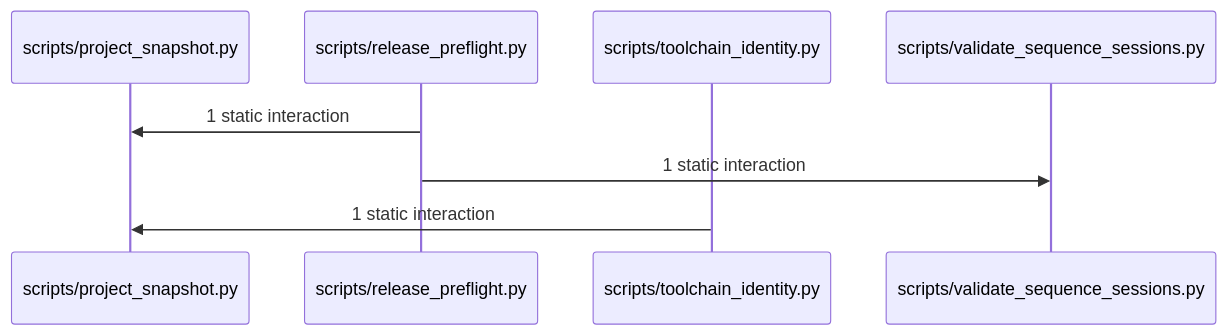
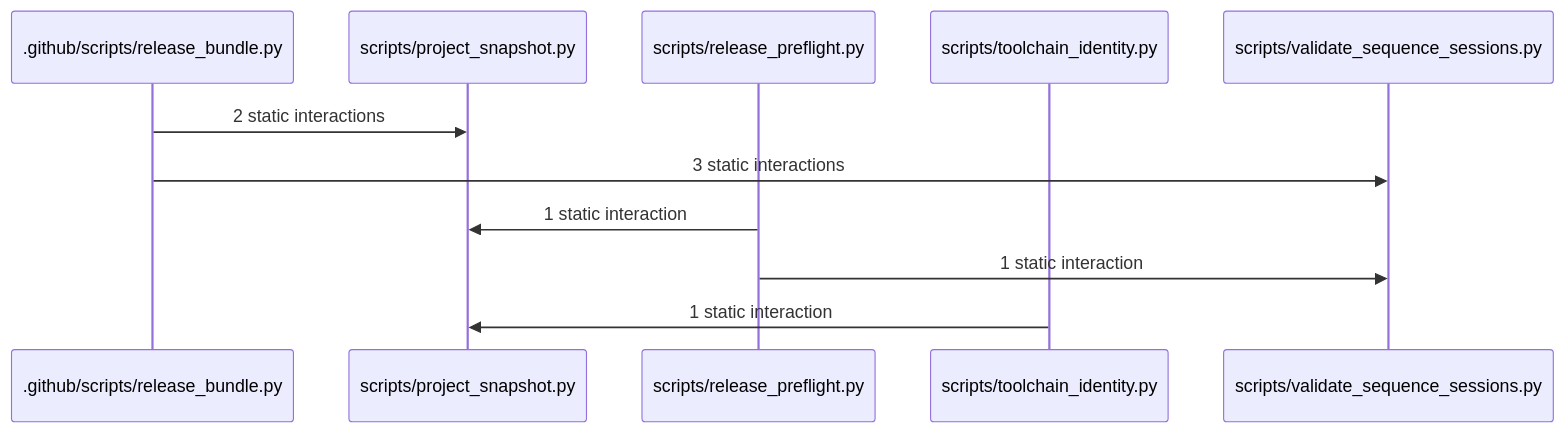
Before and after one commit to maxqstudio/Skill_Workflow: the diagram in docs/sequence/views/SW2-25-GOVERNANCE.md, drawn with Mermaid. The commit also changed other lines of this file and 20 other files, not shown here.

Commit message:
SW2-25: reconcile bundle CI proof, Project Truth and GitHub-renderable sequence

````diff
--- a/docs/sequence/views/SW2-25-GOVERNANCE.md
+++ b/docs/sequence/views/SW2-25-GOVERNANCE.md
@@ -27,10 +27,13 @@
 ```mermaid
 sequenceDiagram
-    participant module_scripts_project_snapshot_py_0 as scripts/project_snapshot.py
-    participant module_scripts_release_preflight_py_1 as scripts/release_preflight.py
-    participant module_scripts_toolchain_identity_py_2 as scripts/toolchain_identity.py
-    participant module_scripts_validate_sequence_sessions_py_3 as scripts/validate_sequence_sessions.py
-    module_scripts_release_preflight_py_1->>module_scripts_project_snapshot_py_0: 1 static interaction
-    module_scripts_release_preflight_py_1->>module_scripts_validate_sequence_sessions_py_3: 1 static interaction
-    module_scripts_toolchain_identity_py_2->>module_scripts_project_snapshot_py_0: 1 static interaction
+    participant module__github_scripts_release_bundle_py_0 as .github/scripts/release_bundle.py
+    participant module_scripts_project_snapshot_py_1 as scripts/project_snapshot.py
+    participant module_scripts_release_preflight_py_2 as scripts/release_preflight.py
+    participant module_scripts_toolchain_identity_py_3 as scripts/toolchain_identity.py
+    participant module_scripts_validate_sequence_sessions_py_4 as scripts/validate_sequence_sessions.py
+    module__github_scripts_release_bundle_py_0->>module_scripts_project_snapshot_py_1: 2 static interactions
+    module__github_scripts_release_bundle_py_0->>module_scripts_validate_sequence_sessions_py_4: 3 static interactions
+    module_scripts_release_preflight_py_2->>module_scripts_project_snapshot_py_1: 1 static interaction
+    module_scripts_release_preflight_py_2->>module_scripts_validate_sequence_sessions_py_4: 1 static interaction
+    module_scripts_toolchain_identity_py_3->>module_scripts_project_snapshot_py_1: 1 static interaction
 ```
````
